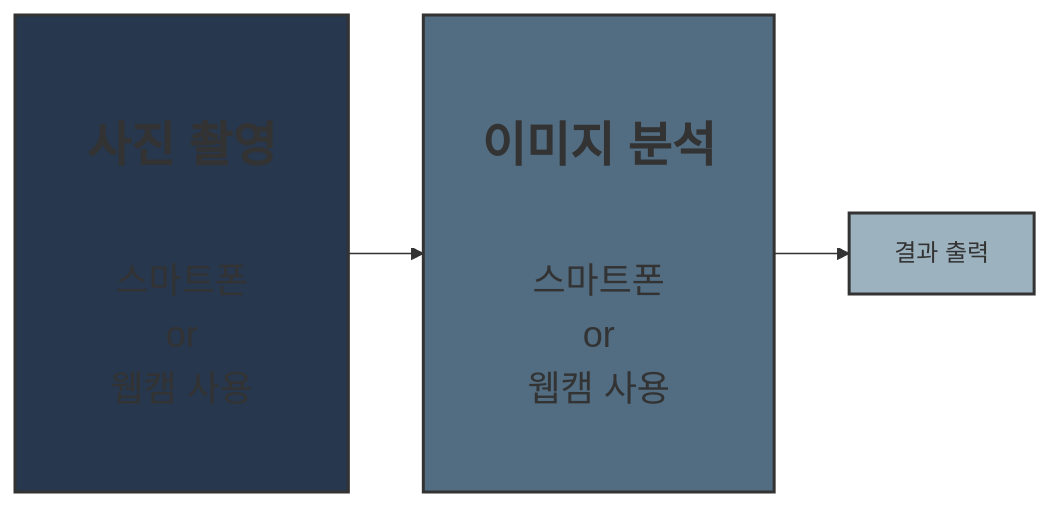
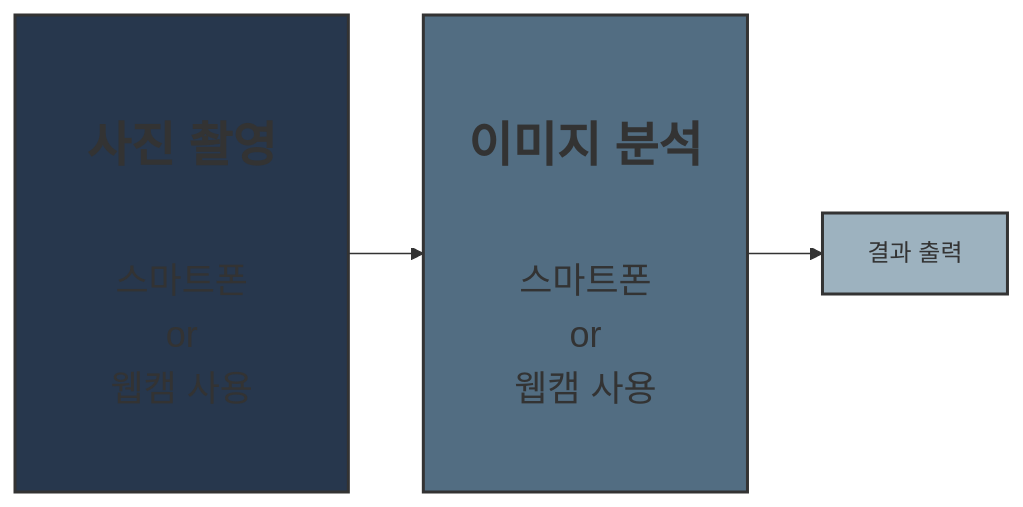
The diagram in Readme.md (201710808/-p), drawn with Mermaid before and after one commit.

````diff
--- a/Readme.md
+++ b/Readme.md
@@ -3,10 +3,10 @@
 ```mermaid
 graph LR
-A[<br><br><b><span style='font-size:32px'>&nbsp;&nbsp;사진 촬영&nbsp;&nbsp;</span></b>\n\n\n<span style='font-size:24px'>스마트폰\nor\n웹캠 사용<br><br>] --> B[<br><br><b><span style='font-size:32px'>&nbsp;이미지 분석&nbsp;</span></b>\n\n\n<span style='font-size:24px'>스마트폰\nor\n웹캠 사용<br><br>]
+A[<br><br><b><span style='font-size:32px'>&nbsp;&nbsp;사진 촬영&nbsp;&nbsp;</span></b>\n\n\n<span style='font-size:24px'>스마트폰\nor\n웹캠 사용<br><br>] --> B[<br><br><b><span style='font-size:32px'>이미지 분석</span></b>\n\n\n<span style='font-size:24px'>스마트폰\nor\n웹캠 사용<br><br>]
 B --> C[결과 출력]
 
 style A fill:#27374D,stroke:#333,stroke-width:2px
 style B fill:#526D82,stroke:#333,stroke-width:2px
 style C fill:#9DB2BF ,stroke:#333,stroke-width:2px
 
 ```
````
